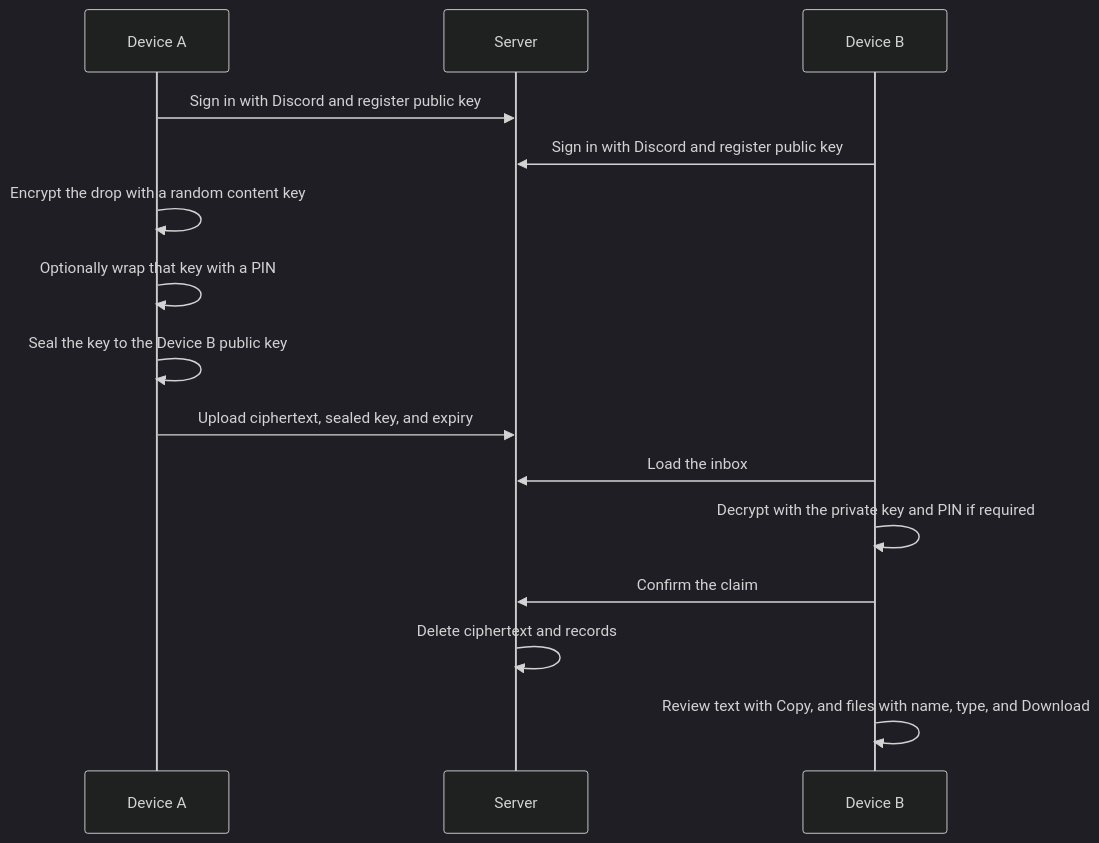
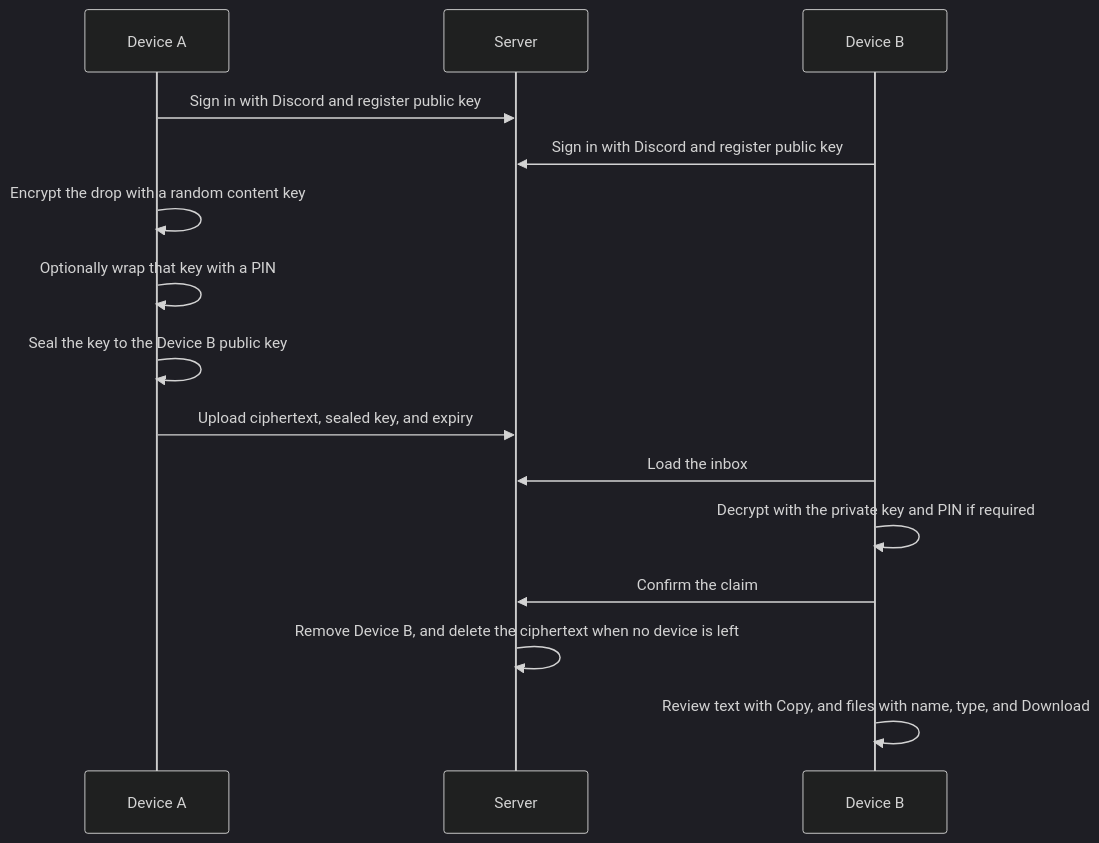
One commit to tylertam228/Ephemera changed the diagram in README.md. Above: the diagram before and after it, drawn with Mermaid (dark theme). The commit also changed other lines of this file and 3 other files, not shown here.

````diff
--- a/README.md
+++ b/README.md
@@ -33,17 +33,17 @@
 ```mermaid
 sequenceDiagram
   participant DeviceA as Device A
   participant Server
   participant DeviceB as Device B
   DeviceA->>Server: Sign in with Discord and register public key
   DeviceB->>Server: Sign in with Discord and register public key
   DeviceA->>DeviceA: Encrypt the drop with a random content key
   DeviceA->>DeviceA: Optionally wrap that key with a PIN
   DeviceA->>DeviceA: Seal the key to the Device B public key
   DeviceA->>Server: Upload ciphertext, sealed key, and expiry
   DeviceB->>Server: Load the inbox
   DeviceB->>DeviceB: Decrypt with the private key and PIN if required
   DeviceB->>Server: Confirm the claim
-  Server->>Server: Delete ciphertext and records
+  Server->>Server: Remove Device B, and delete the ciphertext when no device is left
   DeviceB->>DeviceB: Review text with Copy, and files with name, type, and Download
 ```
````
